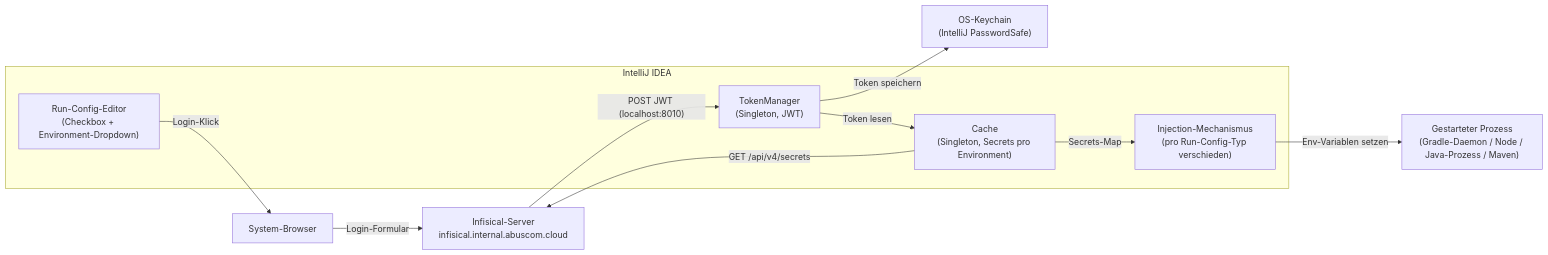
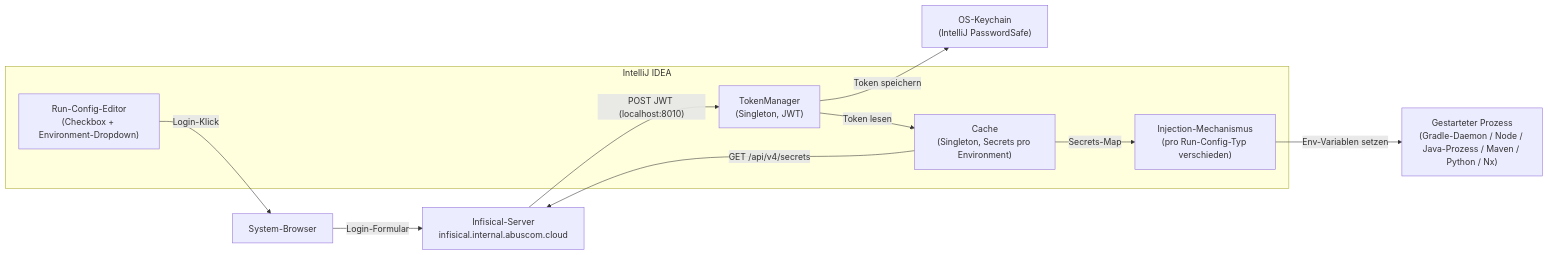
The first of 4 diagrams in SYSTEM_ARCHITEKTUR.md (FabianSanterTUGraz/InfisicalPlugin), drawn with Mermaid before and after one commit. The commit also changed other lines of this file and 2 other files, not shown here.

````diff
--- a/SYSTEM_ARCHITEKTUR.md
+++ b/SYSTEM_ARCHITEKTUR.md
@@ -11,23 +11,23 @@
 ```mermaid
 flowchart LR
     subgraph IDE["IntelliJ IDEA"]
         UI["Run-Config-Editor<br/>(Checkbox + Environment-Dropdown)"]
         Cache["Cache<br/>(Singleton, Secrets pro Environment)"]
         TM["TokenManager<br/>(Singleton, JWT)"]
         Inject["Injection-Mechanismus<br/>(pro Run-Config-Typ verschieden)"]
     end
 
     Browser["System-Browser"]
     Infisical["Infisical-Server<br/>infisical.internal.abuscom.cloud"]
     KeyStore["OS-Keychain<br/>(IntelliJ PasswordSafe)"]
-    Process["Gestarteter Prozess<br/>(Gradle-Daemon / Node / Java-Prozess / Maven)"]
+    Process["Gestarteter Prozess<br/>(Gradle-Daemon / Node / Java-Prozess / Maven / Python / Nx)"]
 
     UI -- "Login-Klick" --> Browser
     Browser -- "Login-Formular" --> Infisical
     Infisical -- "POST JWT (localhost:8010)" --> TM
     TM -- "Token speichern" --> KeyStore
     TM -- "Token lesen" --> Cache
     Cache -- "GET /api/v4/secrets" --> Infisical
     Cache -- "Secrets-Map" --> Inject
     Inject -- "Env-Variablen setzen" --> Process
 ```
````
